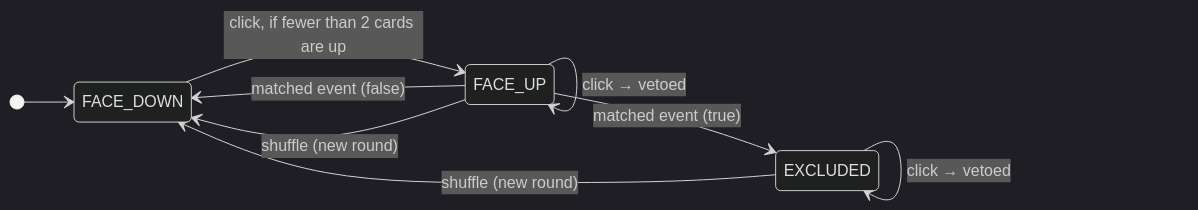
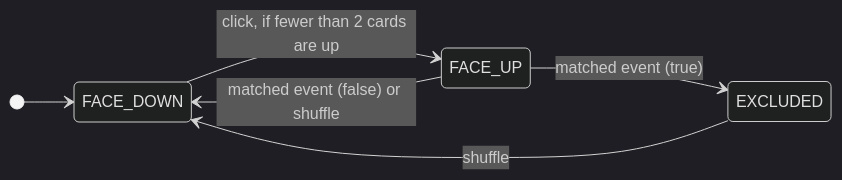
Before and after one commit to giuseppemuschetta/Advanced-Programming-Java-Haskell-Python: the second of 3 diagrams in README.md, drawn with Mermaid (dark theme). The commit also changed other lines of this file, not shown here.

````diff
--- a/README.md
+++ b/README.md
@@ -121,12 +121,9 @@
 ```mermaid
 stateDiagram-v2
     direction LR
     [*] --> FACE_DOWN
     FACE_DOWN --> FACE_UP: click, if fewer than 2 cards are up
     FACE_UP --> EXCLUDED: matched event (true)
-    FACE_UP --> FACE_DOWN: matched event (false)
-    FACE_UP --> FACE_UP: click → vetoed
-    EXCLUDED --> EXCLUDED: click → vetoed
-    EXCLUDED --> FACE_DOWN: shuffle (new round)
-    FACE_UP --> FACE_DOWN: shuffle (new round)
+    FACE_UP --> FACE_DOWN: matched event (false) or shuffle
+    EXCLUDED --> FACE_DOWN: shuffle
 ```
````
